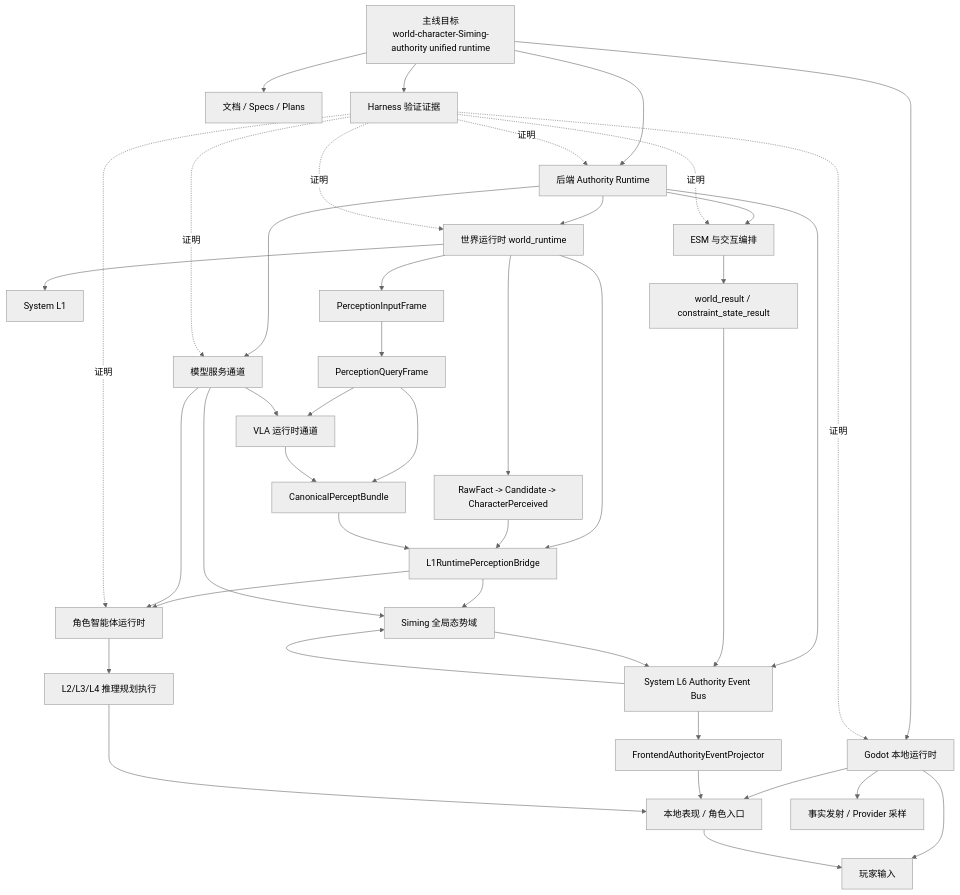
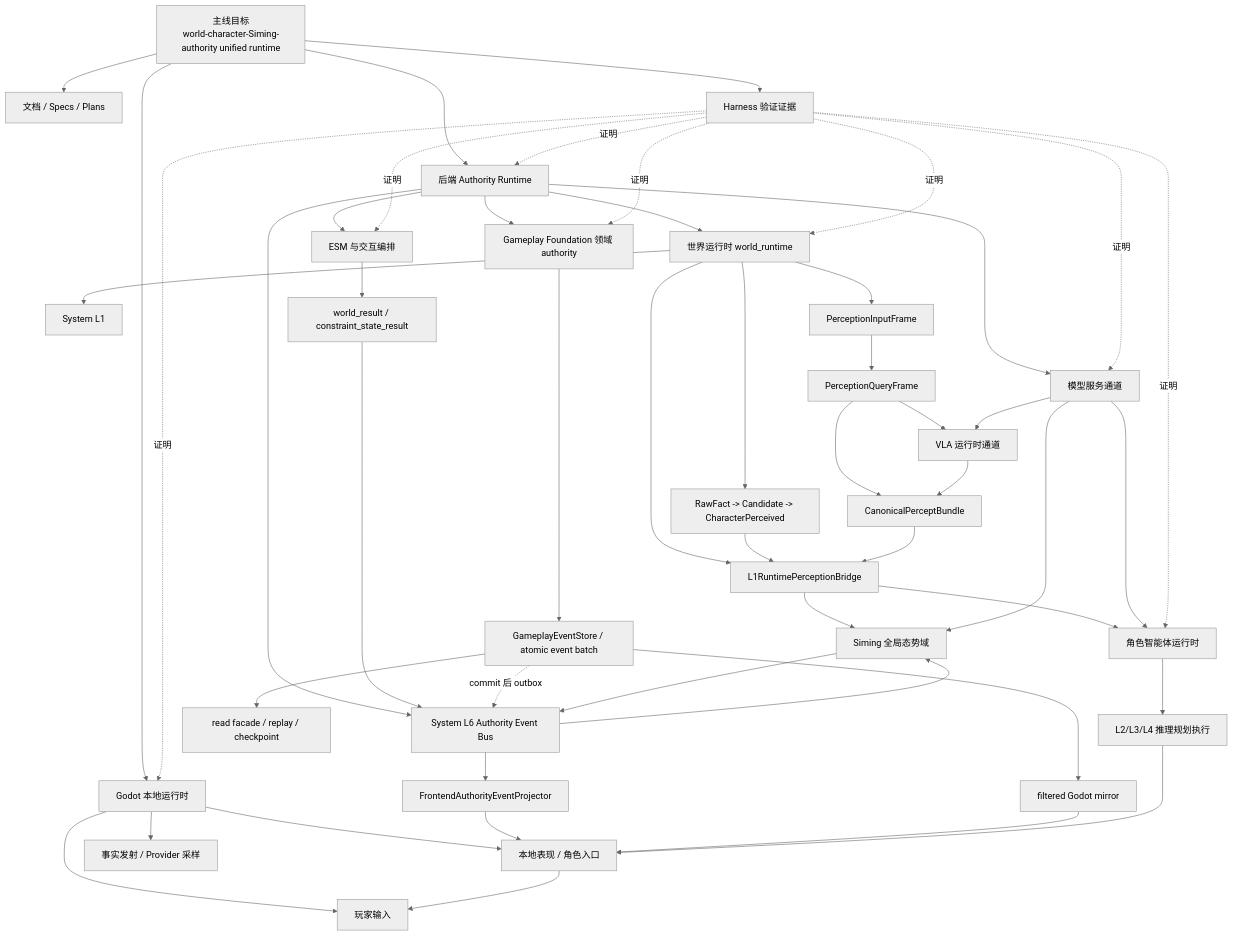
Before and after one commit to Dancing-coin/Paralls-phase0-1: the first of 4 diagrams in docs/架构/整体架构.md, drawn with Mermaid (neutral theme). The commit also changed other lines of this file and 198 other files, not shown here.

````diff
--- a/docs/架构/整体架构.md
+++ b/docs/架构/整体架构.md
@@ -226,53 +246,60 @@
 ```mermaid
 flowchart TD
     Product[主线目标<br/>world-character-Siming-authority unified runtime]
 
     Product --> Godot[Godot 本地运行时]
     Product --> Backend[后端 Authority Runtime]
     Product --> Docs[文档 / Specs / Plans]
     Product --> Harness[Harness 验证证据]
 
     Godot --> Player[玩家输入]
     Godot --> Presentation[本地表现 / 角色入口]
     Godot --> Providers[事实发射 / Provider 采样]
 
     Backend --> WorldRuntime[世界运行时 world_runtime]
     Backend --> ESM[ESM 与交互编排]
+    Backend --> Gameplay[Gameplay Foundation 领域 authority]
     Backend --> L6[System L6 Authority Event Bus]
     Backend --> Model[模型服务通道]
 
     WorldRuntime --> L1[System L1]
     WorldRuntime --> FactChain[RawFact -> Candidate -> CharacterPerceived]
     WorldRuntime --> InputAlign[PerceptionInputFrame]
     InputAlign --> PQF[PerceptionQueryFrame]
     PQF --> Bundle[CanonicalPerceptBundle]
     PQF --> VLA[VLA 运行时通道]
     VLA --> Bundle
     WorldRuntime --> L1Bridge[L1RuntimePerceptionBridge]
     Model --> VLA
 
     L1Bridge --> Character[角色智能体运行时]
     L1Bridge --> Siming[Siming 全局态势域]
     Character --> L2L3L4[L2/L3/L4 推理规划执行]
 
     ESM --> Settlement[world_result / constraint_state_result]
     Settlement --> L6
+    Gameplay --> GameplayStore[GameplayEventStore / atomic event batch]
+    GameplayStore --> GameplayFacade[read facade / replay / checkpoint]
+    GameplayStore --> GameplayMirror[filtered Godot mirror]
+    GameplayStore -. commit 后 outbox .-> L6
     L6 --> Siming
     Siming --> L6
     L6 --> Projection[FrontendAuthorityEventProjector]
     Model --> Character
     Model --> Siming
 
     FactChain --> L1Bridge
     Bundle --> L1Bridge
     Presentation --> Player
     Projection --> Presentation
+    GameplayMirror --> Presentation
     L2L3L4 --> Presentation
 
     Harness -. 证明 .-> Godot
     Harness -. 证明 .-> Backend
     Harness -. 证明 .-> WorldRuntime
     Harness -. 证明 .-> Character
     Harness -. 证明 .-> ESM
+    Harness -. 证明 .-> Gameplay
     Harness -. 证明 .-> Model
 ```
````
